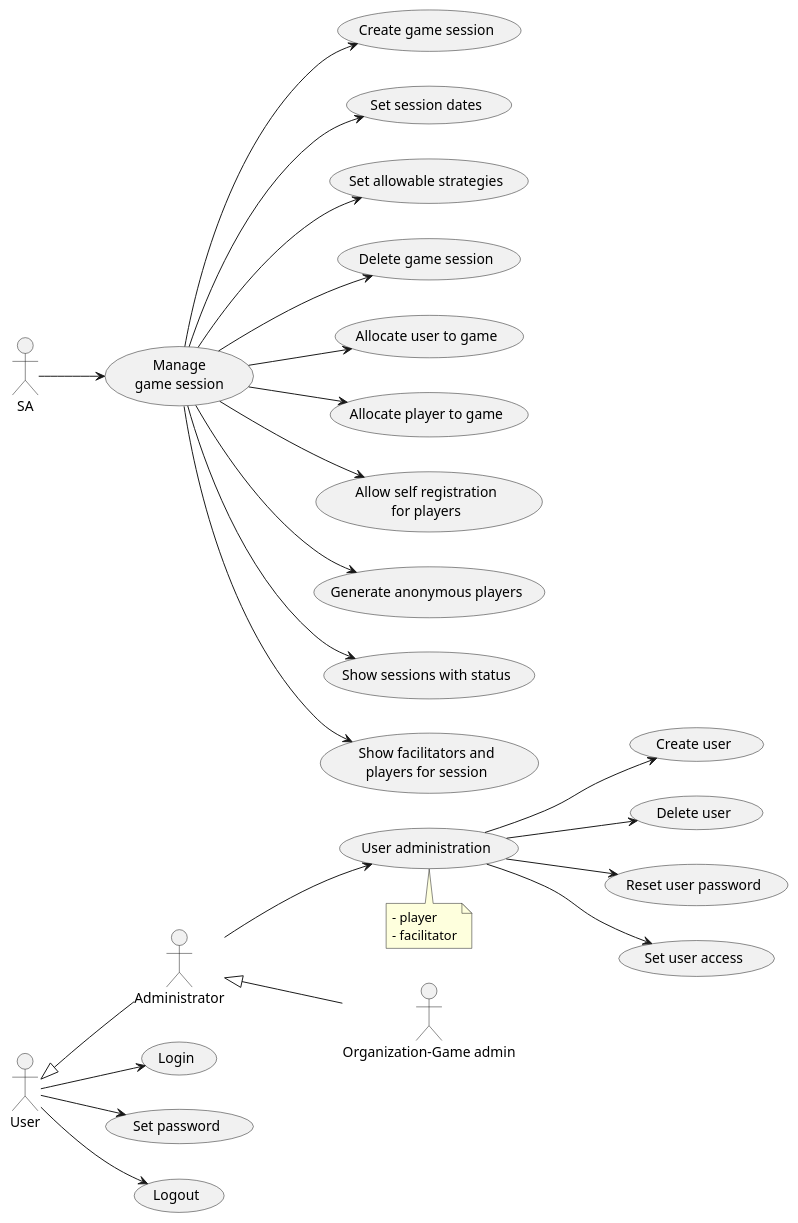
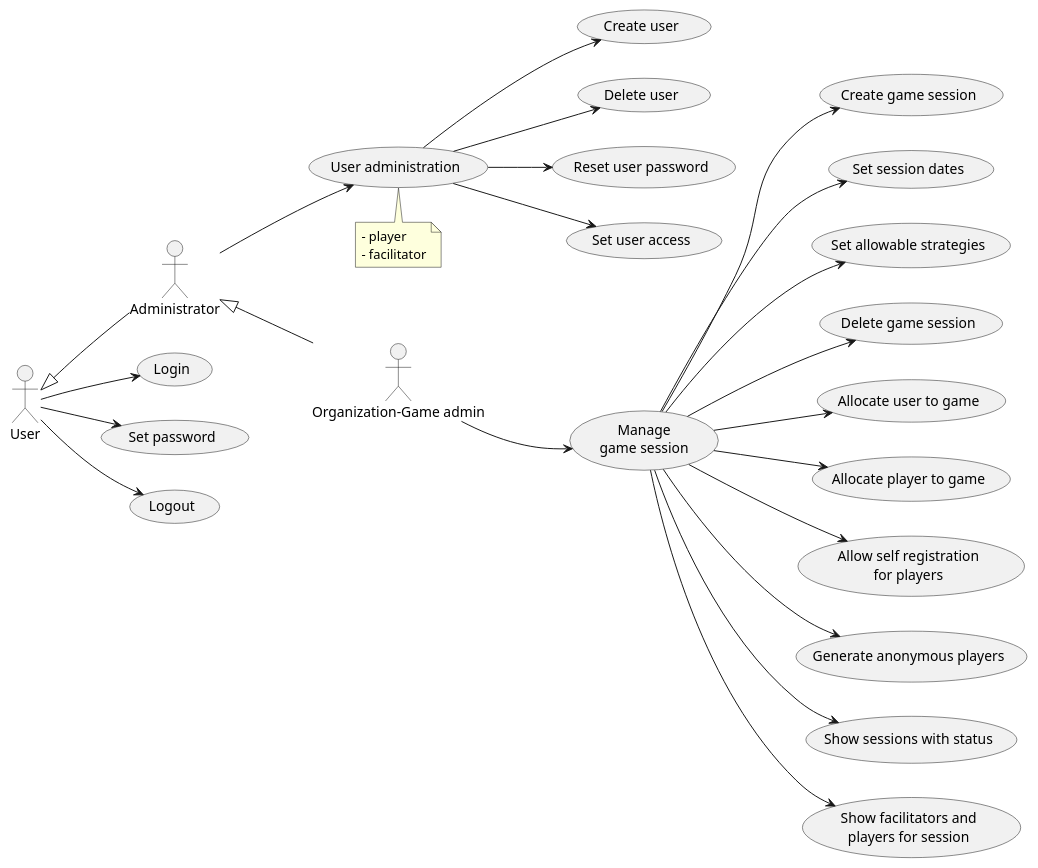
The diagram in doc/2-use-cases/diagrams/organization-game-administration.puml (averbraeck/gscg-design), drawn with PlantUML before and after one commit.

Commit message:
Issue #24. Update organization-game admin use case diagram

```diff
--- a/doc/2-use-cases/diagrams/organization-game-administration.puml
+++ b/doc/2-use-cases/diagrams/organization-game-administration.puml
@@ -1,36 +1,36 @@
 @startuml
 left to right direction
  
 "Organization-Game admin" as OGA
 User <|-- Administrator
 Administrator <|-- OGA
 
 User --> (Login)
 User --> (Set password)
 User --> (Logout)
 
 Administrator --> (User administration)
 note bottom
   - player
   - facilitator
 end note
 
 (User administration) --> (Create user)
 (User administration) --> (Delete user)
 (User administration) --> (Reset user password)
 (User administration) --> (Set user access)
 
 "Manage\ngame session" as (Manage)
-SA --> Manage : "\n\n\n\n\n\n\n\n\n\n"
+OGA --> Manage : "\n\n\n\n\n\n\n\n\n\n"
 Manage --> (Create game session)
 Manage --> (Set session dates)
 Manage --> (Set allowable strategies)
 Manage --> (Delete game session)
 Manage --> (Allocate user to game)
 Manage --> (Allocate player to game)
 Manage --> (Allow self registration\nfor players)
 Manage --> (Generate anonymous players)
 Manage --> (Show sessions with status)
 Manage --> (Show facilitators and\nplayers for session)
 
 @enduml
```
